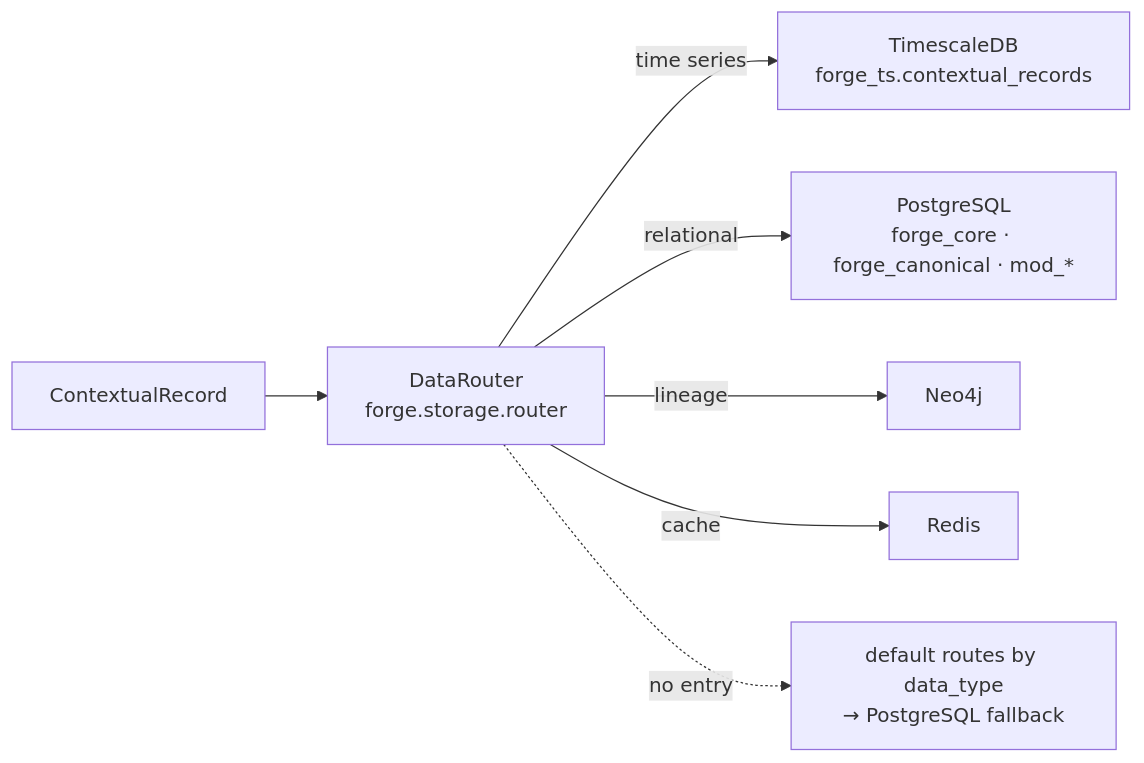
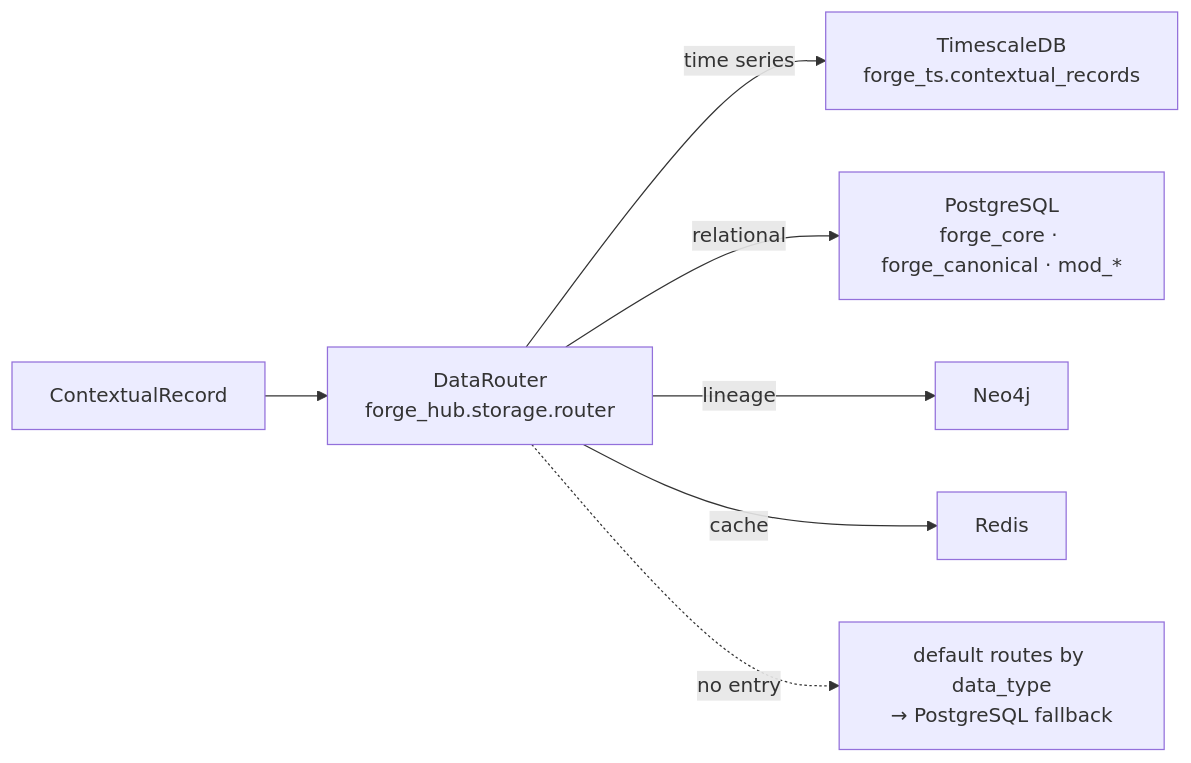
The fifth of 26 diagrams in docs/tutorial.md (reh3376/forge), drawn with Mermaid before and after one commit. The commit also changed other lines of this file and 263 other files, not shown here.

First line of the commit message:
refactor: the hub is its own package, forge_hub, in forge-hub/src/python (FB-200, step 1)

````diff
--- a/docs/tutorial.md
+++ b/docs/tutorial.md
@@ -602,9 +603,9 @@
 ```mermaid
 flowchart LR
-  R["ContextualRecord"] --> DR["DataRouter<br/>forge.storage.router"]
+  R["ContextualRecord"] --> DR["DataRouter<br/>forge_hub.storage.router"]
   DR -- "time series" --> TS["TimescaleDB<br/>forge_ts.contextual_records"]
   DR -- "relational" --> PG["PostgreSQL<br/>forge_core · forge_canonical · mod_*"]
   DR -- "lineage" --> N["Neo4j"]
   DR -- "cache" --> RD["Redis"]
   DR -. "no entry" .-> DEF["default routes by data_type<br/>→ PostgreSQL fallback"]
 ```
````
